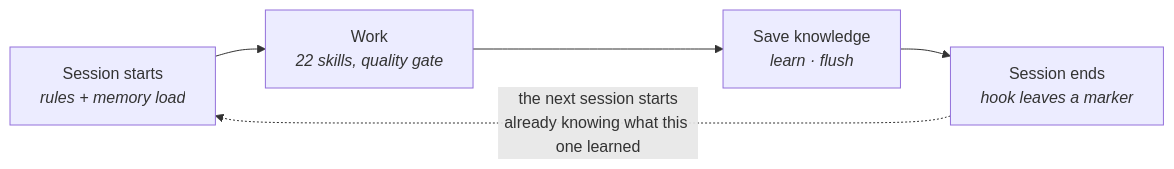
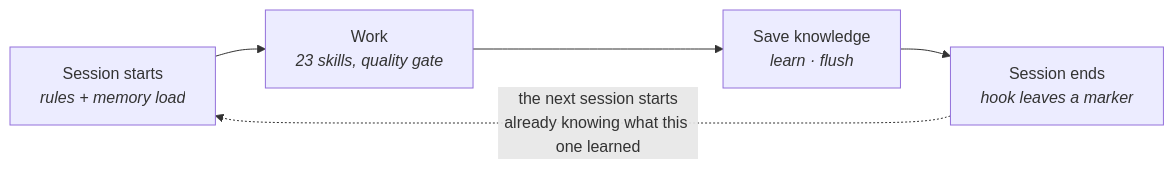
The first of 4 diagrams in SYSTEM-OVERVIEW.md (selawood-web/claude-code-generic-guide), drawn with Mermaid before and after one commit. The commit also changed other lines of this file and 10 other files, not shown here.

````diff
--- a/SYSTEM-OVERVIEW.md
+++ b/SYSTEM-OVERVIEW.md
@@ -36,7 +36,7 @@
 ```mermaid
 flowchart LR
-    A["Session starts<br/><i>rules + memory load</i>"] --> B["Work<br/><i>22 skills, quality gate</i>"]
+    A["Session starts<br/><i>rules + memory load</i>"] --> B["Work<br/><i>23 skills, quality gate</i>"]
     B --> C["Save knowledge<br/><i>learn · flush</i>"]
     C --> D["Session ends<br/><i>hook leaves a marker</i>"]
     D -. "the next session starts<br/>already knowing what this one learned" .-> A
 ```
````
